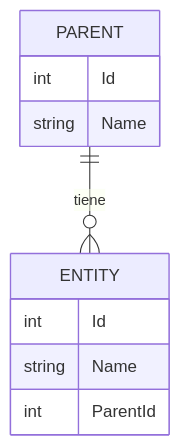
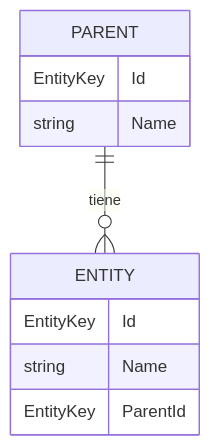
One commit to vloacode/NetCore_API_Structure changed the diagram in docs/05-domain-model.md. Above: the diagram before and after it, drawn with Mermaid. The commit also changed 49 other files, not shown here.

````diff
--- a/docs/05-domain-model.md
+++ b/docs/05-domain-model.md
@@ -35,13 +35,13 @@
 ```mermaid
 erDiagram
     PARENT ||--o{ ENTITY : "tiene"
     PARENT {
-        int Id
+        EntityKey Id
         string Name
     }
     ENTITY {
-        int Id
+        EntityKey Id
         string Name
-        int ParentId
+        EntityKey ParentId
     }
 ```
````
